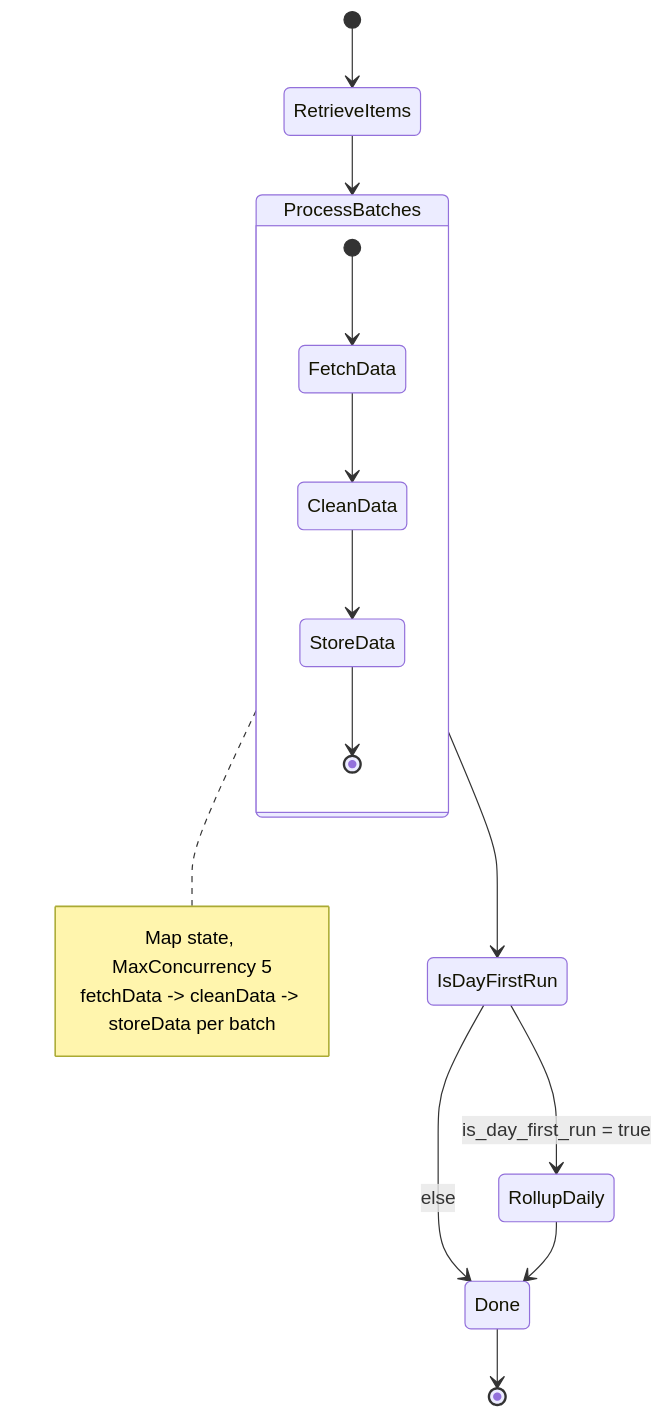
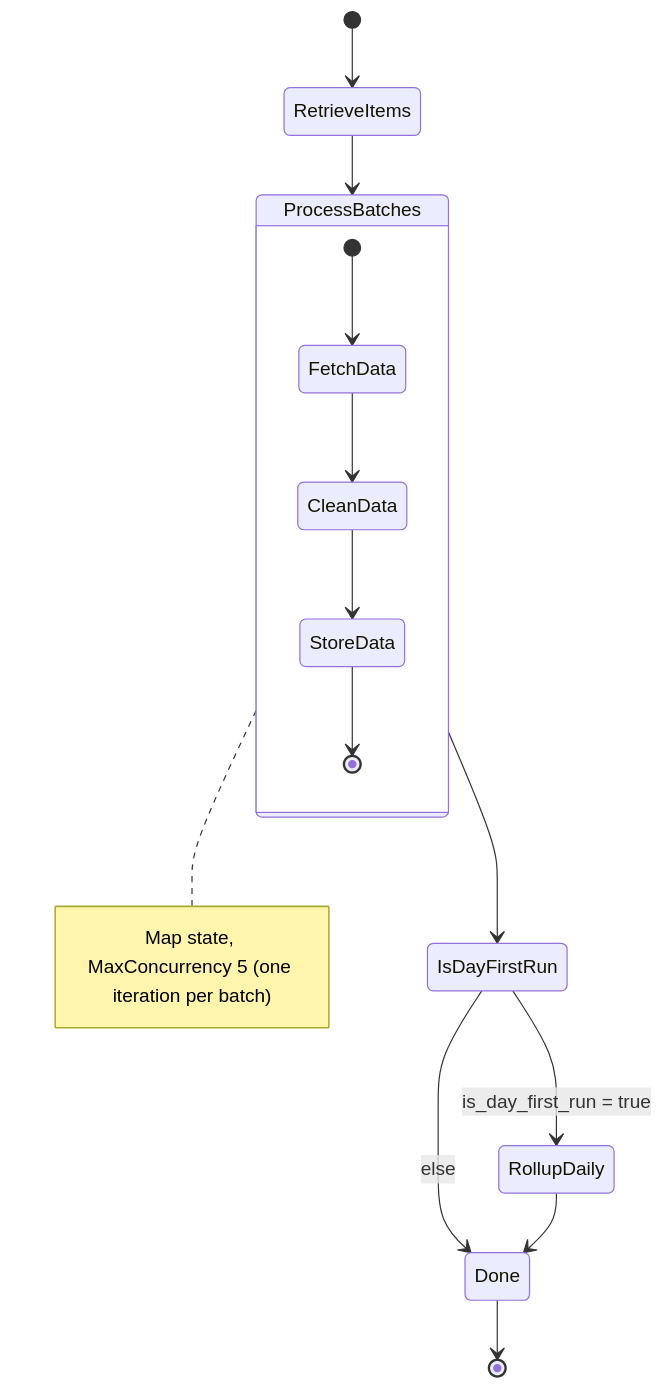
The second of 3 diagrams in docs/architecture.md (RyanYCT/bdo-market-insights), drawn with Mermaid before and after one commit.

Commit message:
docs: trim ETL note line that restated the composite Map flow

````diff
--- a/docs/architecture.md
+++ b/docs/architecture.md
@@ -62,22 +62,21 @@
 ```mermaid
 stateDiagram-v2
     [*] --> RetrieveItems
     RetrieveItems --> ProcessBatches
     state ProcessBatches {
         [*] --> FetchData
         FetchData --> CleanData
         CleanData --> StoreData
         StoreData --> [*]
     }
     ProcessBatches --> IsDayFirstRun
     state IsDayFirstRun <<choice>>
     IsDayFirstRun --> RollupDaily : is_day_first_run = true
     IsDayFirstRun --> Done : else
     RollupDaily --> Done
     Done --> [*]
 
     note right of ProcessBatches
-        Map state, MaxConcurrency 5
-        fetchData -> cleanData -> storeData per batch
+        Map state, MaxConcurrency 5 (one iteration per batch)
     end note
 ```
````
